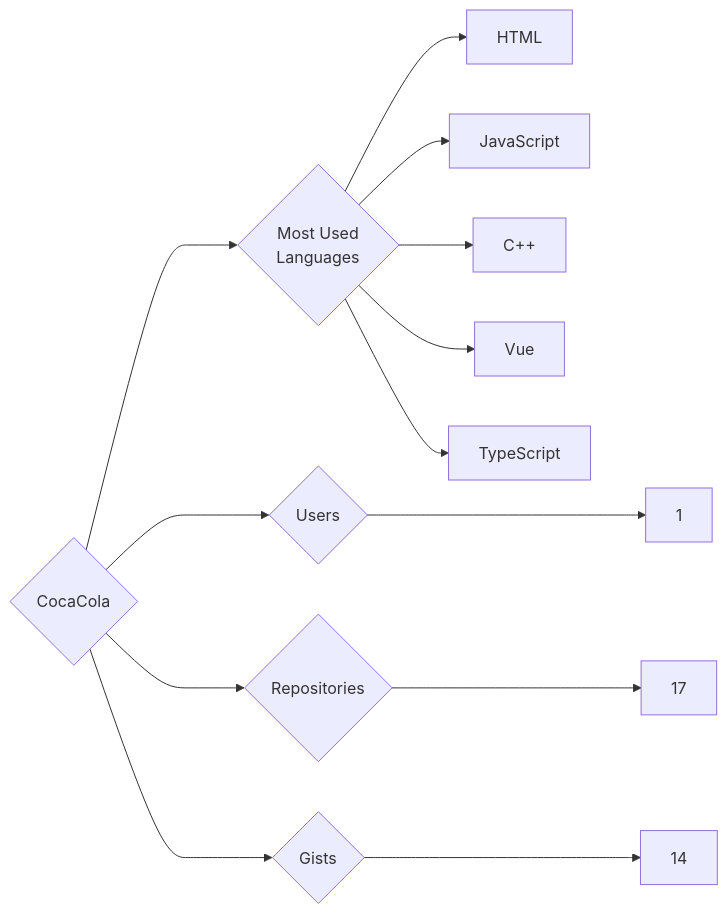
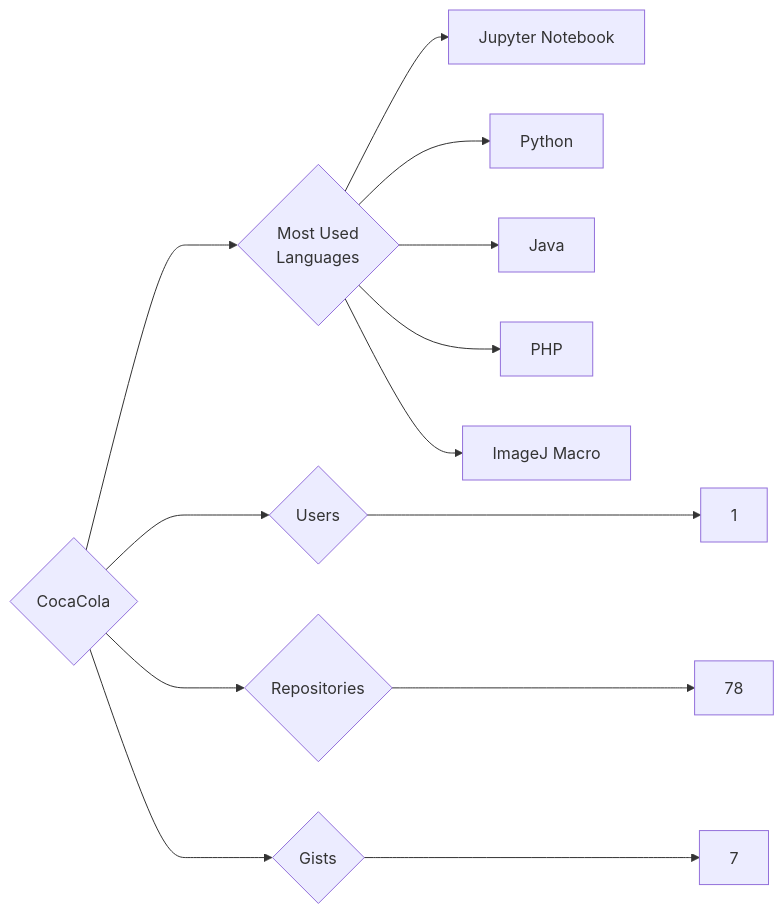
One commit to trickest/insiders changed the diagram in targets/CocaCola/README.md. Above: the diagram before and after it, drawn with Mermaid. The commit also changed 857 other files, not shown here.

````diff
--- a/targets/CocaCola/README.md
+++ b/targets/CocaCola/README.md
@@ -3,13 +3,13 @@
 ```mermaid
 graph LR
 COMPANY_NAME{CocaCola}
 COMPANY_NAME ---> U{Users} ---> UN[1]
-COMPANY_NAME ---> R{Repositories} ---> RN[17]
-COMPANY_NAME ---> G{Gists} ---> GN[14]
+COMPANY_NAME ---> R{Repositories} ---> RN[78]
+COMPANY_NAME ---> G{Gists} ---> GN[7]
 COMPANY_NAME ---> ML{Most Used<br>Languages}
-ML --> HTML[HTML]
-ML --> JavaScript[JavaScript]
-ML --> C++[C++]
-ML --> Vue[Vue]
-ML --> TypeScript[TypeScript]
+ML --> Jupyter_Notebook[Jupyter Notebook]
+ML --> Python[Python]
+ML --> Java[Java]
+ML --> PHP[PHP]
+ML --> ImageJ_Macro[ImageJ Macro]
 ```
````
